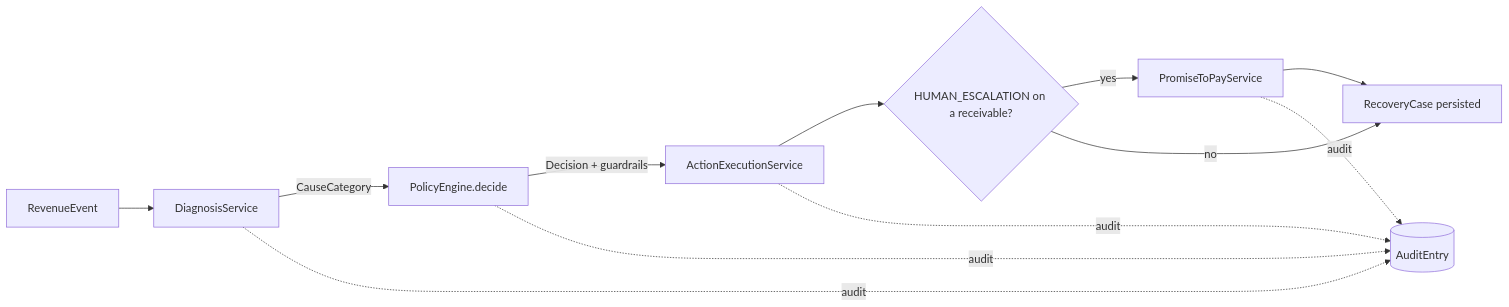
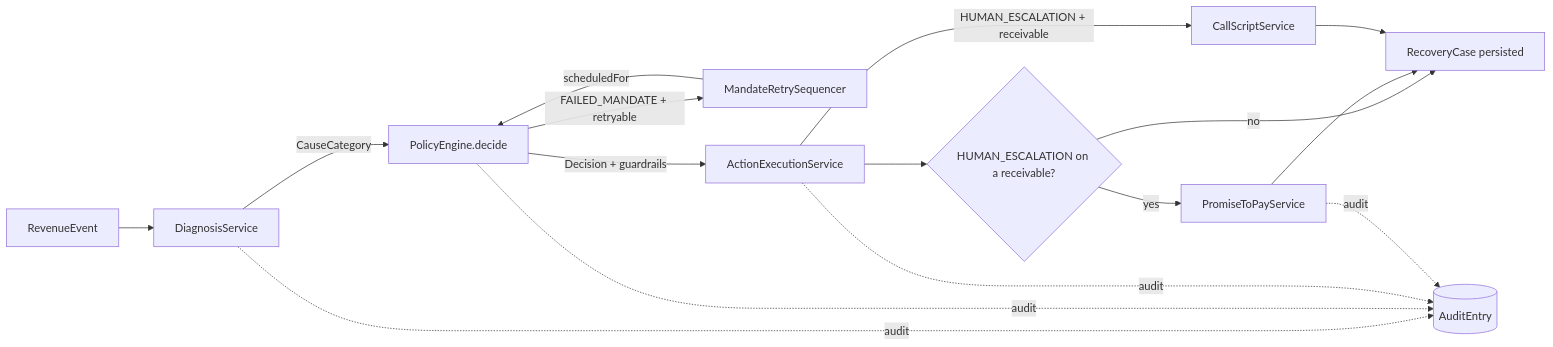
The first of 2 diagrams in docs/ARCHITECTURE.md (Siddardha-CH/razorpay-buildathon), drawn with Mermaid before and after one commit. The commit also changed other lines of this file and 18 other files, not shown here.

````diff
--- a/docs/ARCHITECTURE.md
+++ b/docs/ARCHITECTURE.md
@@ -10,14 +10,18 @@
 ```mermaid
 flowchart LR
     A[RevenueEvent] --> B[DiagnosisService]
     B -->|CauseCategory| C[PolicyEngine.decide]
+    C -->|"FAILED_MANDATE + retryable"| M[MandateRetrySequencer]
+    M -->|scheduledFor| C
     C -->|Decision + guardrails| D[ActionExecutionService]
+    D -->|HUMAN_ESCALATION + receivable| S[CallScriptService]
     D --> E{HUMAN_ESCALATION on a receivable?}
     E -->|yes| F[PromiseToPayService]
     E -->|no| G[RecoveryCase persisted]
     F --> G
+    S --> G
     B -.audit.-> H[(AuditEntry)]
     C -.audit.-> H
     D -.audit.-> H
     F -.audit.-> H
 ```
````
